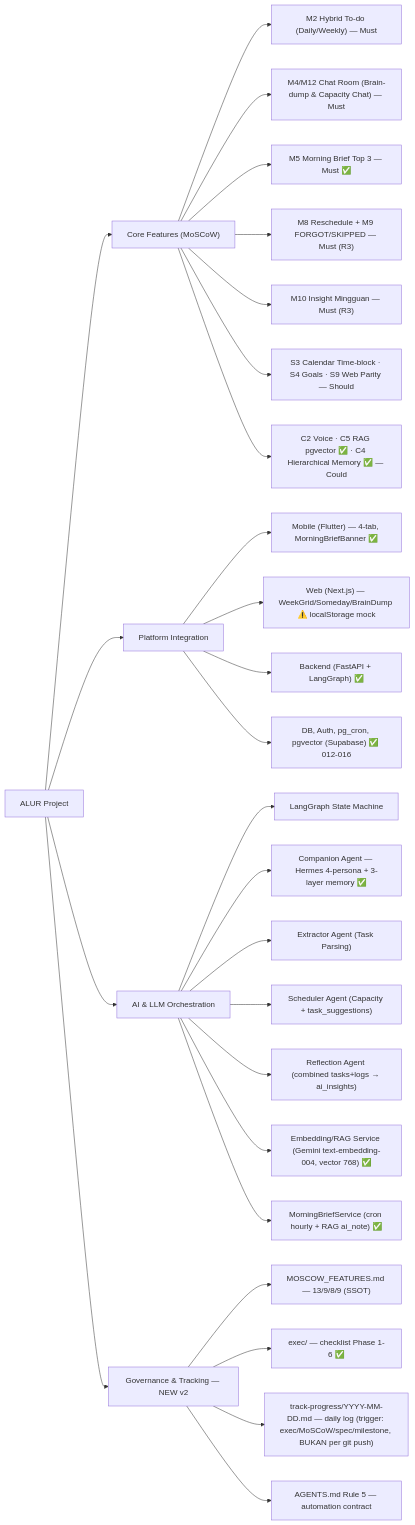
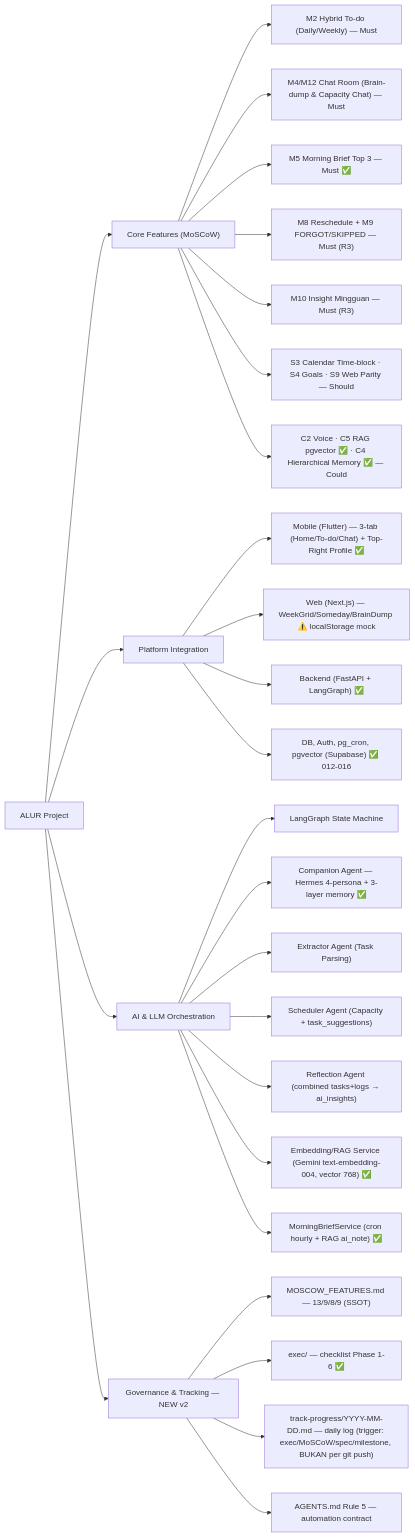
One commit to alurprojects/alurproject changed the first of 9 diagrams in .agents/skills/read-docs/docs/mindmap.md. Above: the diagram before and after it, drawn with Mermaid. The commit also changed other lines of this file and 23 other files, not shown here.

````diff
--- a/.agents/skills/read-docs/docs/mindmap.md
+++ b/.agents/skills/read-docs/docs/mindmap.md
@@ -30,38 +30,38 @@
 ```mermaid
 flowchart LR
     Root["ALUR Project"]
 
     Feat["Core Features (MoSCoW)"]
     Root --> Feat
     Feat --> F1["M2 Hybrid To-do (Daily/Weekly) — Must"]
     Feat --> F2["M4/M12 Chat Room (Brain-dump & Capacity Chat) — Must"]
     Feat --> F3["M5 Morning Brief Top 3 — Must ✅"]
     Feat --> F4["M8 Reschedule + M9 FORGOT/SKIPPED — Must (R3)"]
     Feat --> F5["M10 Insight Mingguan — Must (R3)"]
     Feat --> F6["S3 Calendar Time-block · S4 Goals · S9 Web Parity — Should"]
     Feat --> F7["C2 Voice · C5 RAG pgvector ✅ · C4 Hierarchical Memory ✅ — Could"]
 
     Plat["Platform Integration"]
     Root --> Plat
-    Plat --> P1["Mobile (Flutter) — 4-tab, MorningBriefBanner ✅"]
+    Plat --> P1["Mobile (Flutter) — 3-tab (Home/To-do/Chat) + Top-Right Profile ✅"]
     Plat --> P2["Web (Next.js) — WeekGrid/Someday/BrainDump ⚠️ localStorage mock"]
     Plat --> P3["Backend (FastAPI + LangGraph) ✅"]
     Plat --> P4["DB, Auth, pg_cron, pgvector (Supabase) ✅ 012-016"]
 
     AI["AI & LLM Orchestration"]
     Root --> AI
     AI --> A1["LangGraph State Machine"]
     AI --> A2["Companion Agent — Hermes 4-persona + 3-layer memory ✅"]
     AI --> A3["Extractor Agent (Task Parsing)"]
     AI --> A4["Scheduler Agent (Capacity + task_suggestions)"]
     AI --> A5["Reflection Agent (combined tasks+logs → ai_insights)"]
     AI --> A6["Embedding/RAG Service (Gemini text-embedding-004, vector 768) ✅"]
     AI --> A7["MorningBriefService (cron hourly + RAG ai_note) ✅"]
 
     Gov["Governance & Tracking — NEW v2"]
     Root --> Gov
     Gov --> G1["MOSCOW_FEATURES.md — 13/9/8/9 (SSOT)"]
     Gov --> G2["exec/ — checklist Phase 1-6 ✅"]
     Gov --> G3["track-progress/YYYY-MM-DD.md — daily log (trigger: exec/MoSCoW/spec/milestone, BUKAN per git push)"]
     Gov --> G4["AGENTS.md Rule 5 — automation contract"]
 ```
````
